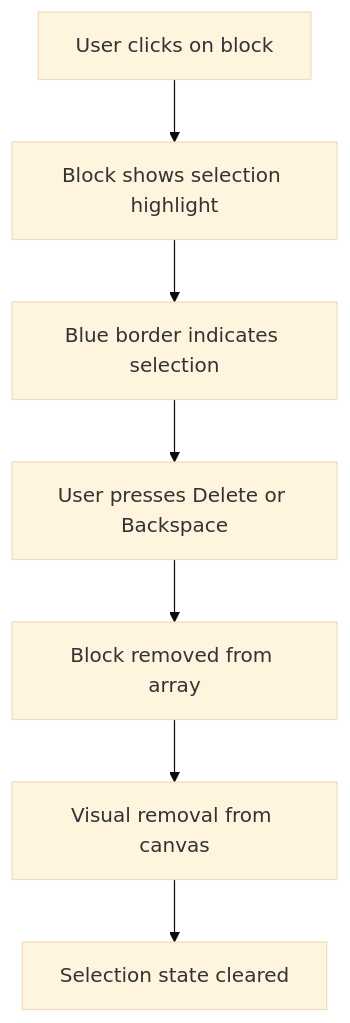
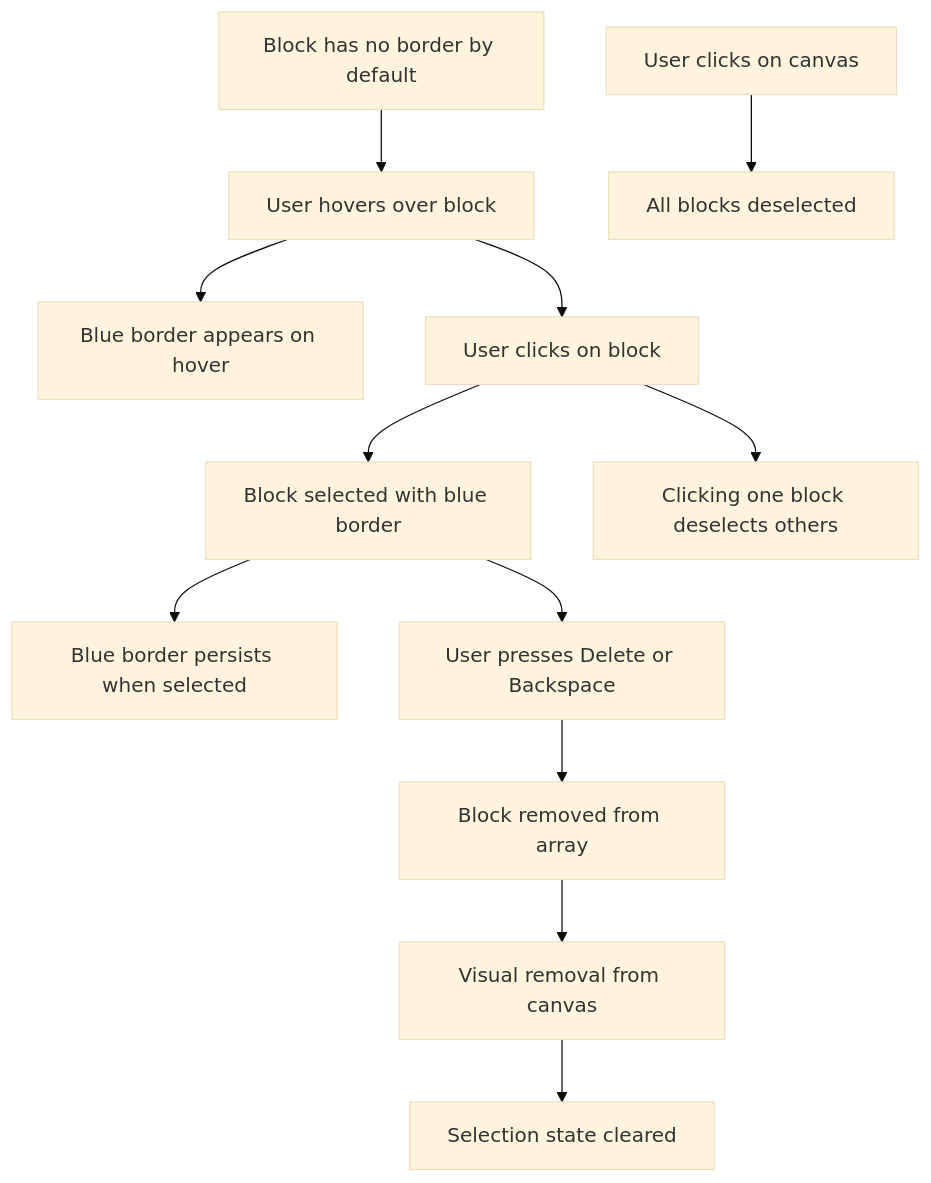
One commit to litkeys/DraftCN changed the fourth of 5 diagrams in docs/front-end-spec.md. Above: the diagram before and after it, drawn with Mermaid (base theme). The commit also changed other lines of this file and 10 other files, not shown here.

First line of the commit message:
Architectural realignment

````diff
--- a/docs/front-end-spec.md
+++ b/docs/front-end-spec.md
@@ -140,9 +140,14 @@
 ```mermaid
 graph TD
-    A[User clicks on block] --> B[Block shows selection highlight]
-    B --> C[Blue border indicates selection]
-    C --> D[User presses Delete or Backspace]
-    D --> E[Block removed from array]
-    E --> F[Visual removal from canvas]
-    F --> G[Selection state cleared]
+    A[Block has no border by default] --> B[User hovers over block]
+    B --> C[Blue border appears on hover]
+    B --> D[User clicks on block]
+    D --> E[Block selected with blue border]
+    E --> F[Blue border persists when selected]
+    D --> G[Clicking one block deselects others]
+    H[User clicks on canvas] --> I[All blocks deselected]
+    E --> J[User presses Delete or Backspace]
+    J --> K[Block removed from array]
+    K --> L[Visual removal from canvas]
+    L --> M[Selection state cleared]
 ```
````
